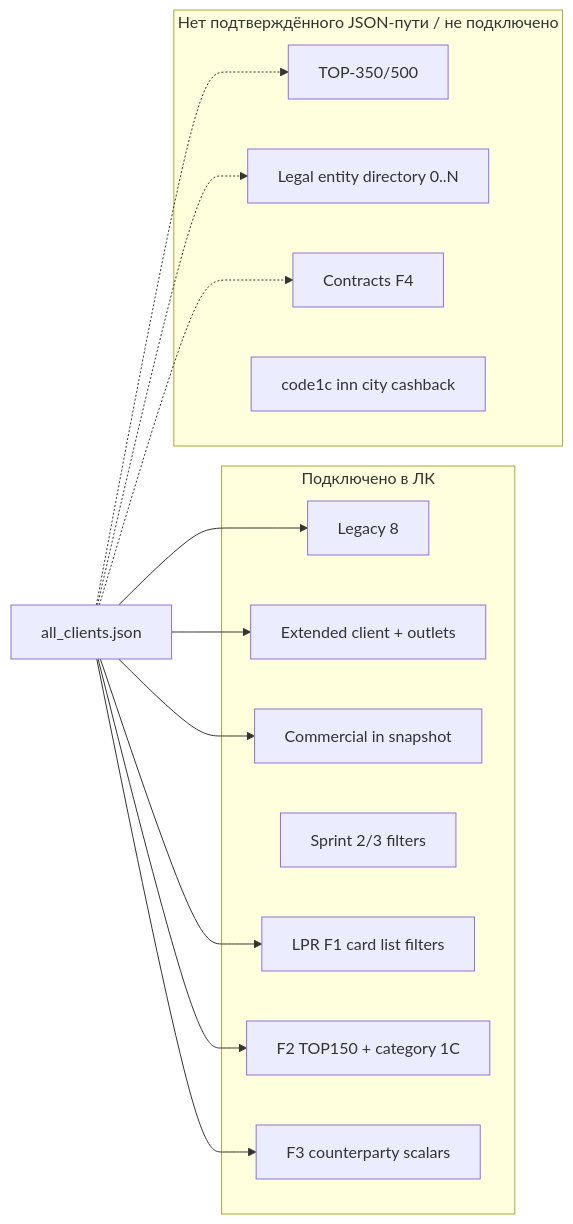
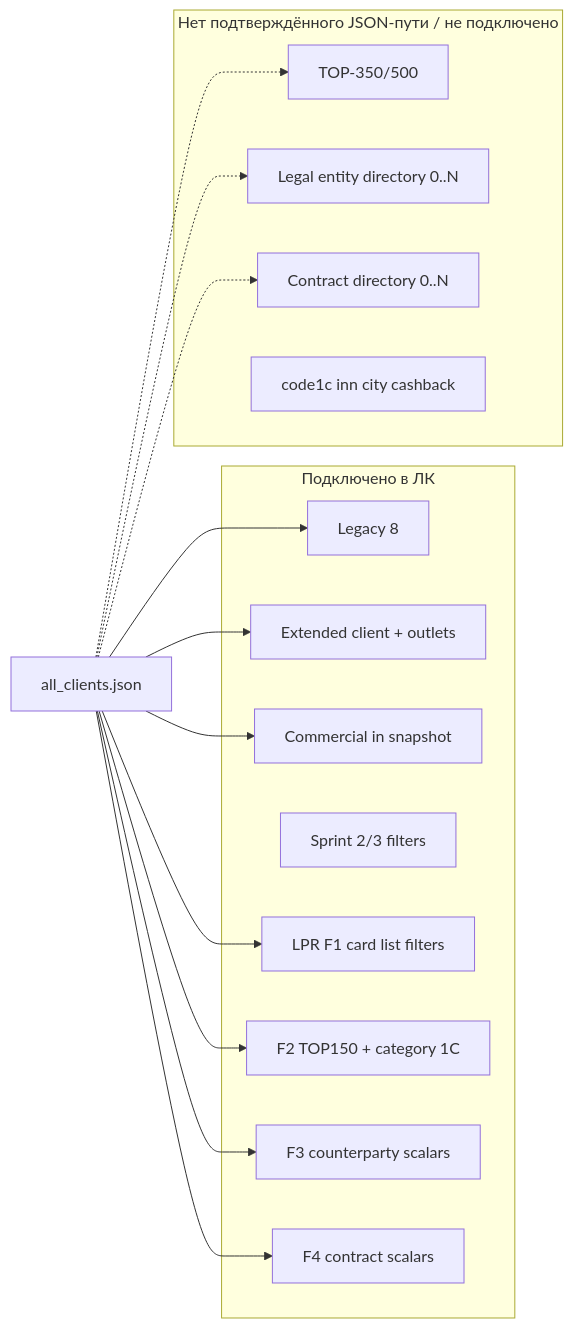
One commit to karenavedikyan/tandoor-rf changed the diagram in docs/delivery/remaining-exchange-fields-map.md. Above: the diagram before and after it, drawn with Mermaid. The commit also changed other lines of this file and 24 other files, not shown here.

````diff
--- a/docs/delivery/remaining-exchange-fields-map.md
+++ b/docs/delivery/remaining-exchange-fields-map.md
@@ -243,27 +243,29 @@
 ```mermaid
 flowchart LR
   subgraph done [Подключено в ЛК]
     L8[Legacy 8]
     EX[Extended client + outlets]
     COM[Commercial in snapshot]
     FIL[Sprint 2/3 filters]
     LPR[LPR F1 card list filters]
     F2W[F2 TOP150 + category 1C]
     F3C[F3 counterparty scalars]
+    F4K[F4 contract scalars]
   end
   subgraph missing [Нет подтверждённого JSON-пути / не подключено]
     TOP350[TOP-350/500]
     LEGDIR[Legal entity directory 0..N]
-    CON[Contracts F4]
+    CONDIR[Contract directory 0..N]
     PLH[code1c inn city cashback]
   end
   JSON[all_clients.json] --> L8
   JSON --> EX
   JSON --> COM
   JSON --> LPR
   JSON --> F2W
   JSON --> F3C
+  JSON --> F4K
   JSON -.-> TOP350
   JSON -.-> LEGDIR
-  JSON -.-> CON
+  JSON -.-> CONDIR
 ```
````
